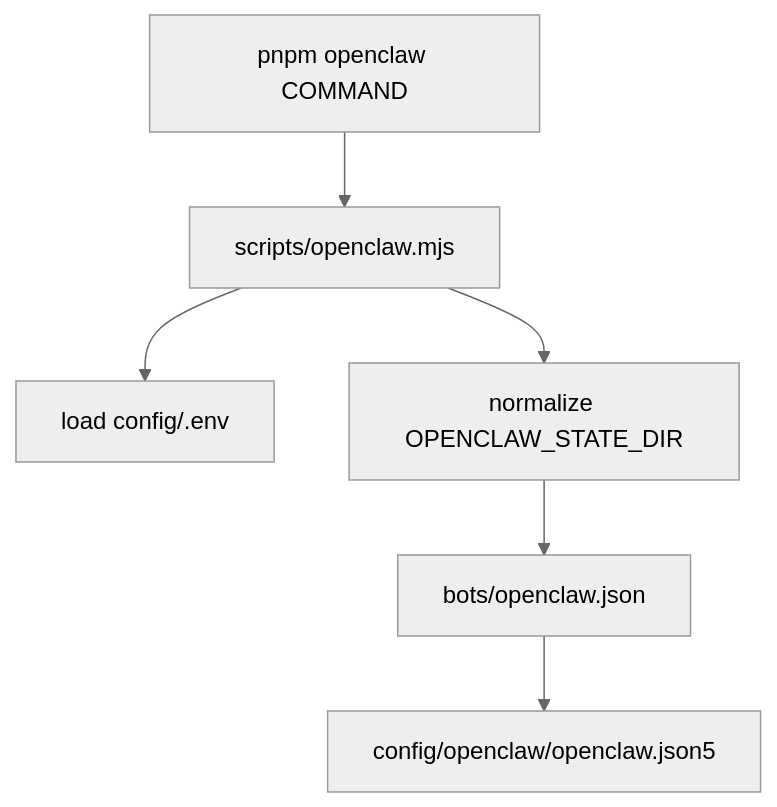
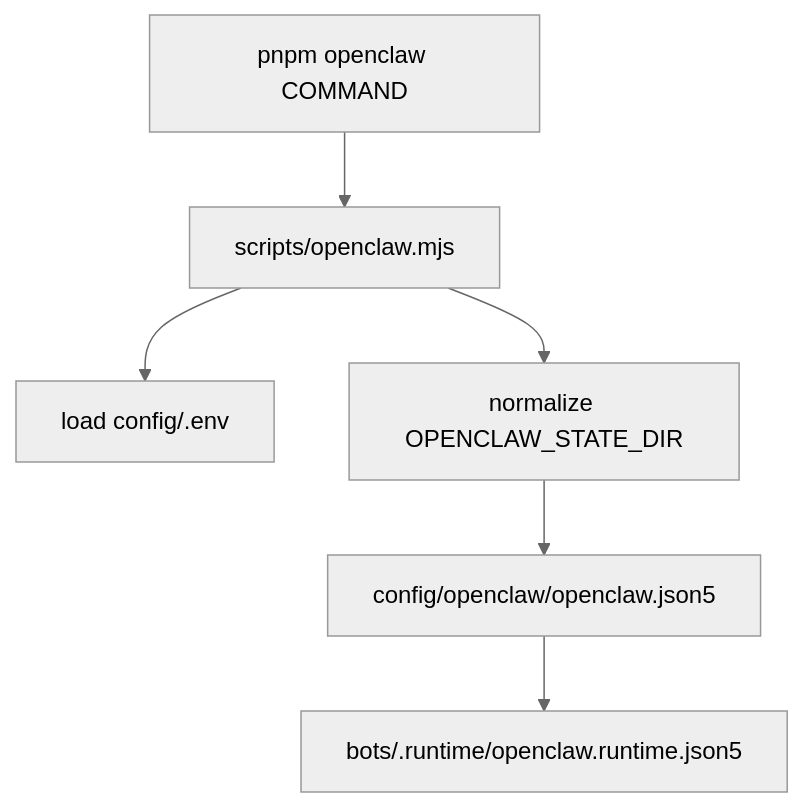
One commit to appautomaton/moltbot-proot-kit changed the diagram in README.md. Above: the diagram before and after it, drawn with Mermaid (neutral theme). The commit also changed other lines of this file and 13 other files, not shown here.

Commit message:
chore: render openclaw runtime config

````diff
--- a/README.md
+++ b/README.md
@@ -80,8 +81,8 @@
 ```mermaid
 flowchart TD
   A[pnpm openclaw COMMAND] --> B[scripts/openclaw.mjs]
   B --> C[load config/.env]
   B --> D[normalize OPENCLAW_STATE_DIR]
-  D --> E[bots/openclaw.json]
-  E --> F[config/openclaw/openclaw.json5]
+  D --> E[config/openclaw/openclaw.json5]
+  E --> F[bots/.runtime/openclaw.runtime.json5]
 ```
````
